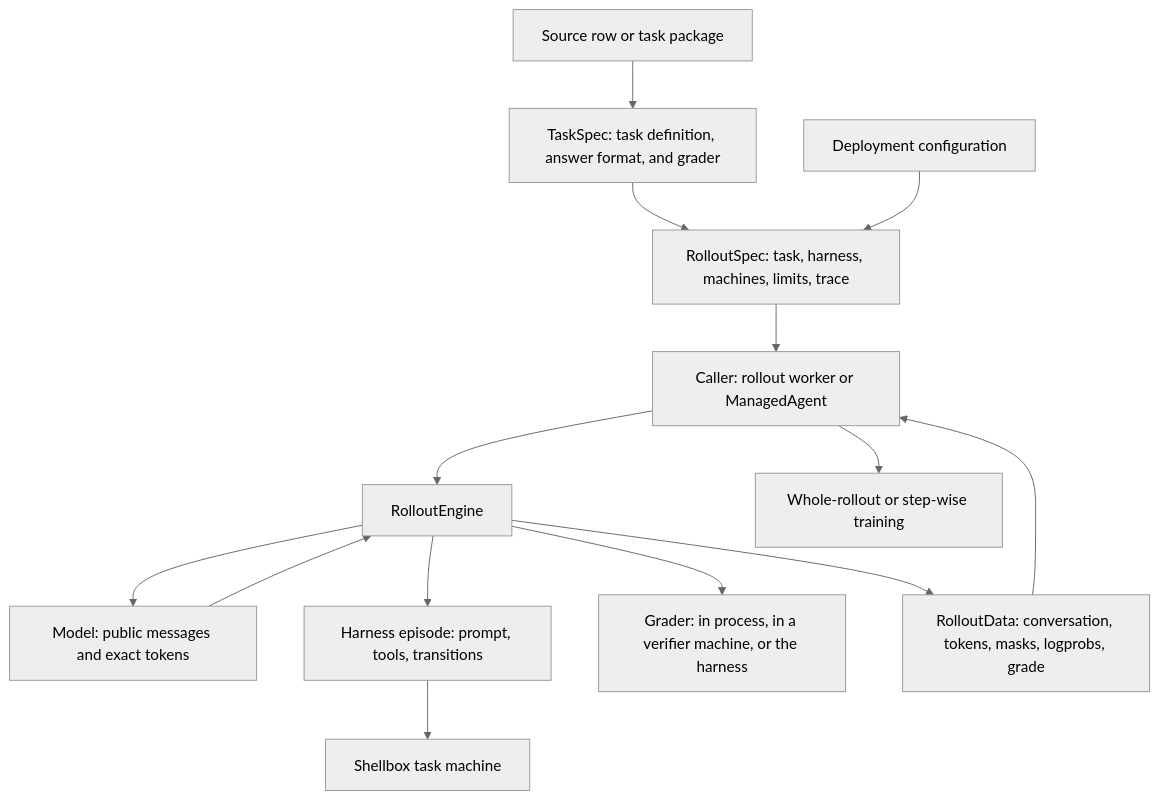
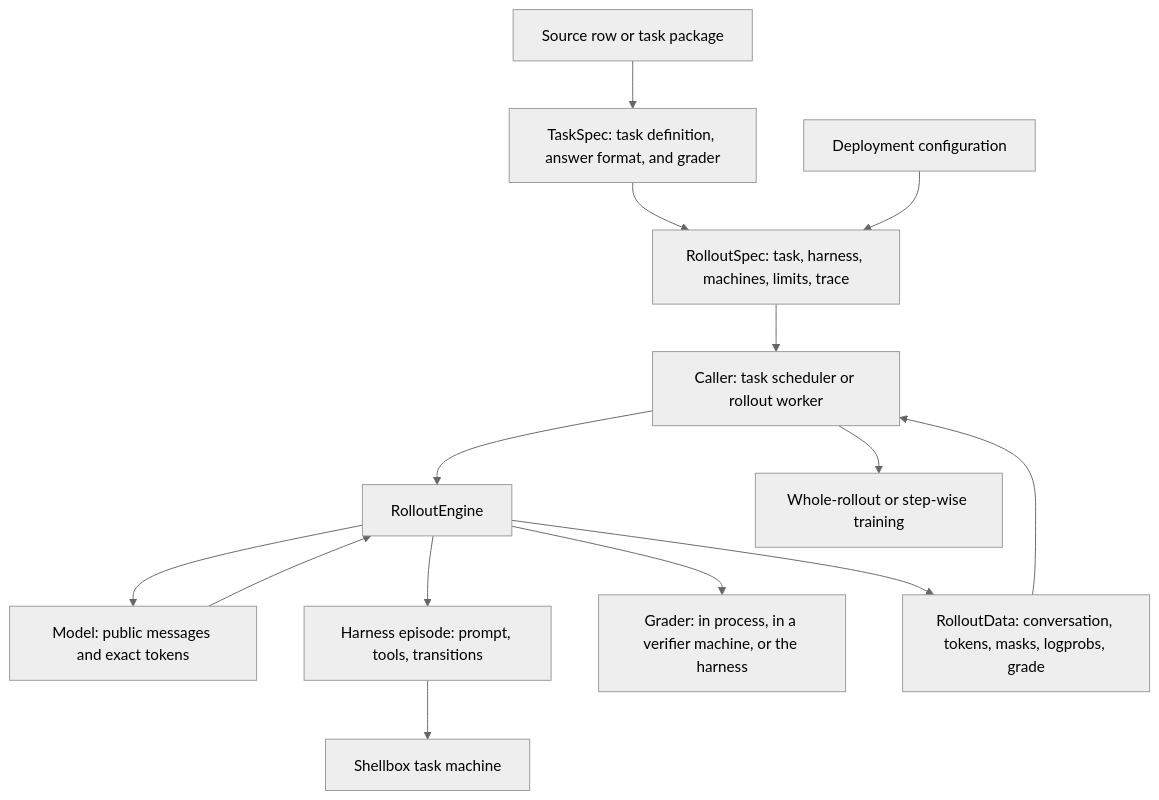
Before and after one commit to marin-community/marin: the first of 2 diagrams in docs/references/task-rollouts.md, drawn with Mermaid (neutral theme). The commit also changed other lines of this file and 5 other files, not shown here.

First line of the commit message:
[rolloutengine] Drop ManagedAgent and key each attempt by default

````diff
--- a/docs/references/task-rollouts.md
+++ b/docs/references/task-rollouts.md
@@ -10,16 +9,16 @@
 ```mermaid
 flowchart TD
     Source[Source row or task package] --> Task[TaskSpec: task definition, answer format, and grader]
     Task --> Spec[RolloutSpec: task, harness, machines, limits, trace]
     Config[Deployment configuration] --> Spec
-    Spec --> Caller[Caller: rollout worker or ManagedAgent]
+    Spec --> Caller[Caller: task scheduler or rollout worker]
     Caller --> Engine[RolloutEngine]
     Engine --> Model[Model: public messages and exact tokens]
     Model --> Engine
     Engine --> Episode[Harness episode: prompt, tools, transitions]
     Episode --> Machine[Shellbox task machine]
     Engine --> Grader[Grader: in process, in a verifier machine, or the harness]
     Engine --> Record[RolloutData: conversation, tokens, masks, logprobs, grade]
     Record --> Caller
     Caller --> Train[Whole-rollout or step-wise training]
 ```
````
